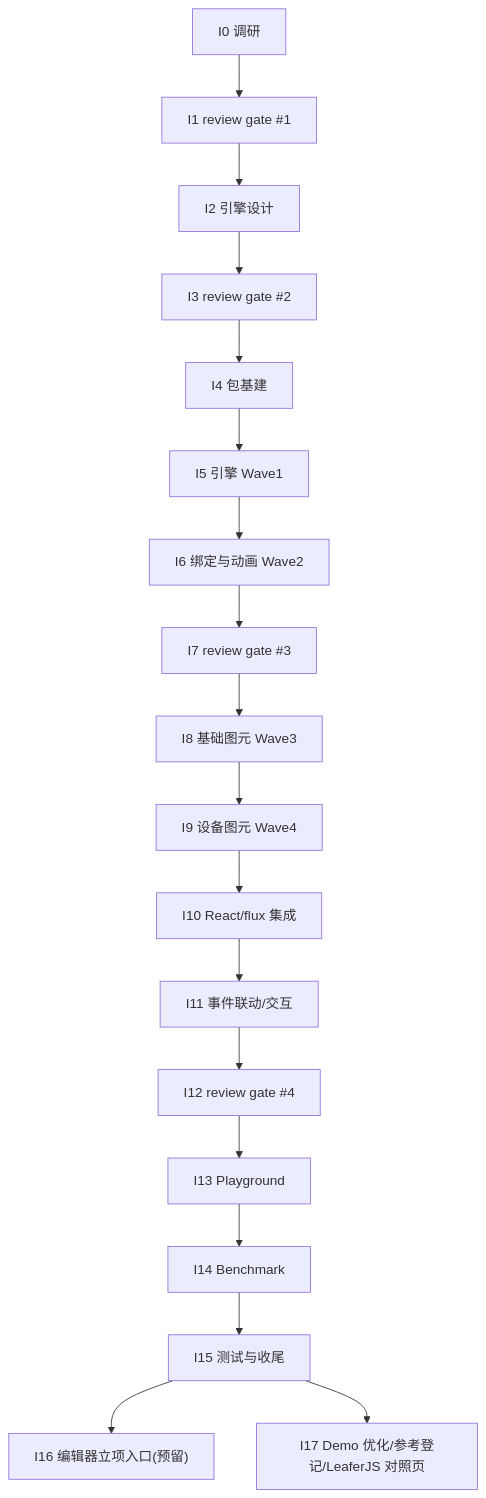
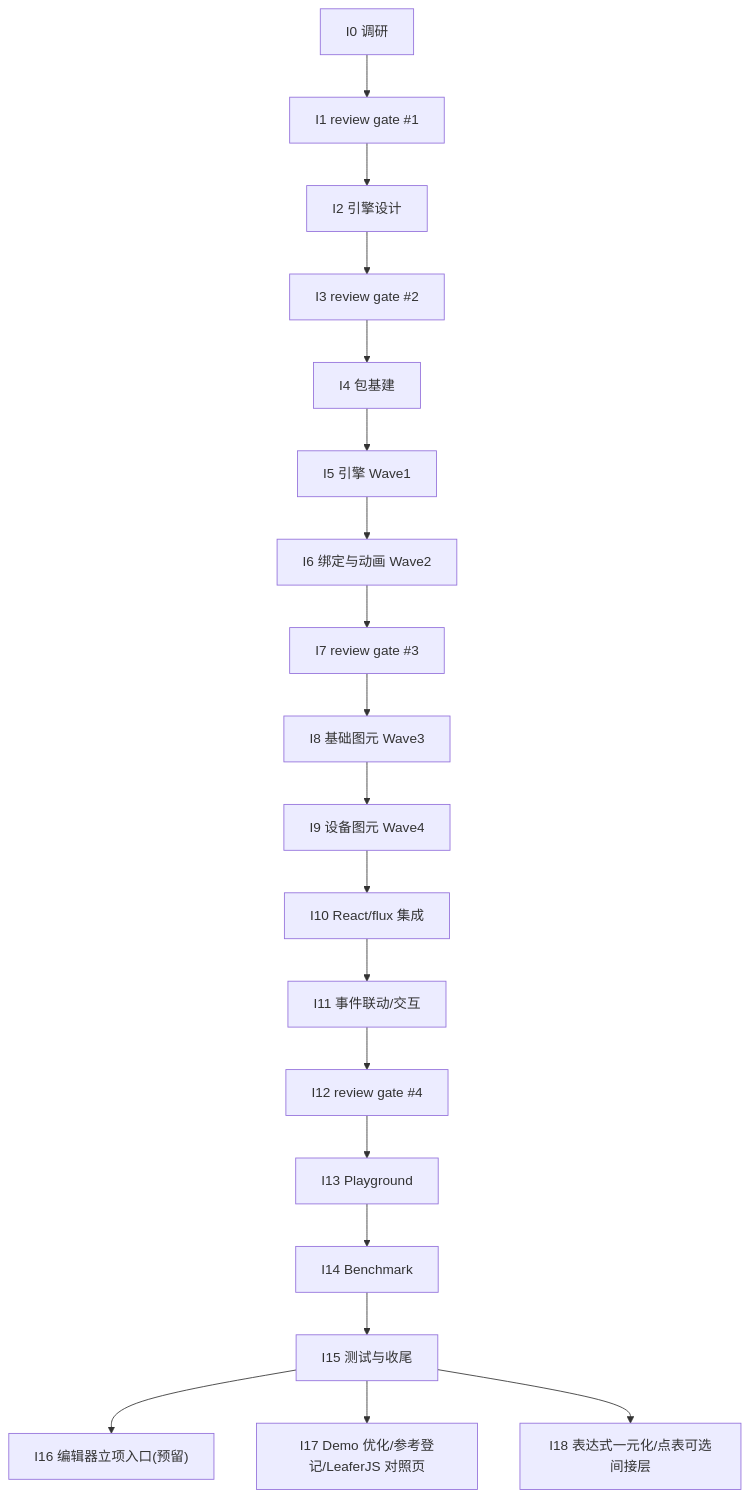
One commit to entropy-cloud/nop-chaos-flux changed the diagram in docs/components/roadmap-industrial-hmi.md. Above: the diagram before and after it, drawn with Mermaid. The commit also changed other lines of this file and 5 other files, not shown here.

First line of the commit message:
docs(industrial-hmi-editor): plan-2026-08-05-1645 E0 spike 收口 + I18 表达式立项 docs/log/roadmap update

````diff
--- a/docs/components/roadmap-industrial-hmi.md
+++ b/docs/components/roadmap-industrial-hmi.md
@@ -339,20 +356,21 @@
 ```mermaid
 flowchart TD
   I0["I0 调研"] --> I1["I1 review gate #1"]
   I1 --> I2["I2 引擎设计"]
   I2 --> I3["I3 review gate #2"]
   I3 --> I4["I4 包基建"]
   I4 --> I5["I5 引擎 Wave1"]
   I5 --> I6["I6 绑定与动画 Wave2"]
   I6 --> I7["I7 review gate #3"]
   I7 --> I8["I8 基础图元 Wave3"]
   I8 --> I9["I9 设备图元 Wave4"]
   I9 --> I10["I10 React/flux 集成"]
   I10 --> I11["I11 事件联动/交互"]
   I11 --> I12["I12 review gate #4"]
   I12 --> I13["I13 Playground"]
   I13 --> I14["I14 Benchmark"]
   I14 --> I15["I15 测试与收尾"]
   I15 --> I16["I16 编辑器立项入口(预留)"]
   I15 --> I17["I17 Demo 优化/参考登记/LeaferJS 对照页"]
+  I15 --> I18["I18 表达式一元化/点表可选间接层"]
 ```
````
